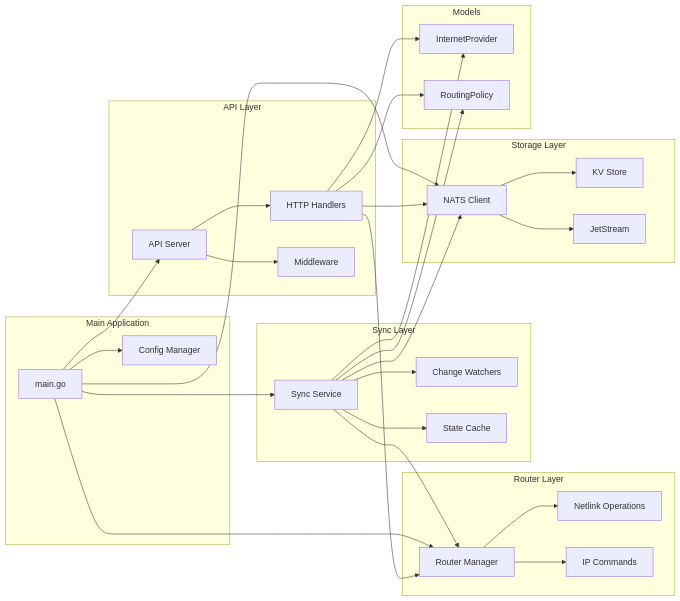
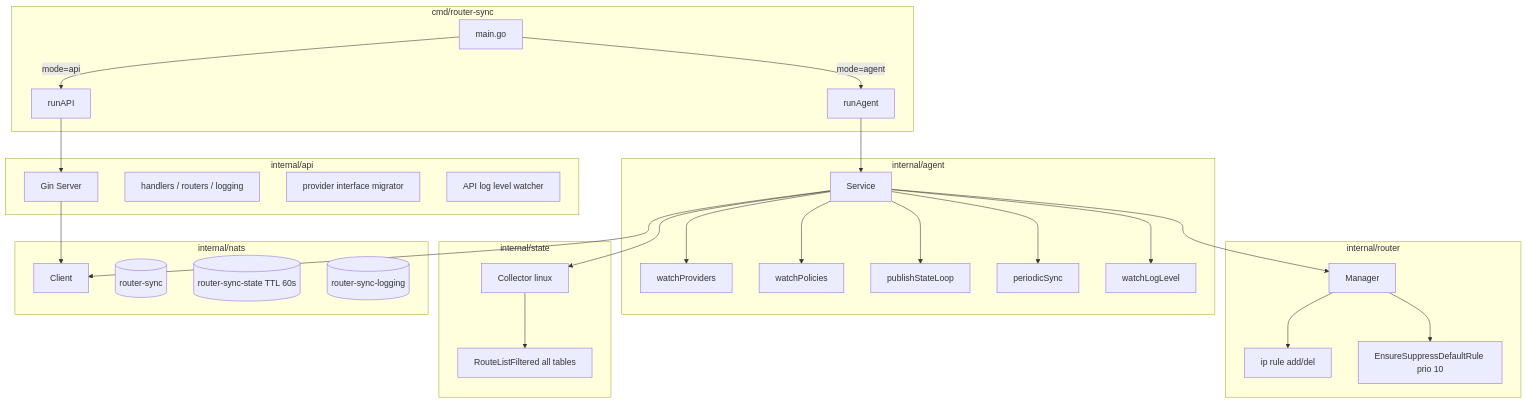
The second of 5 diagrams in ARCHITECTURE.md (fcastello/router-sync), drawn with Mermaid before and after one commit. The commit also changed other lines of this file and 36 other files, not shown here.

First line of the commit message:
Split into API and agent modes with live router state and UI.

````diff
--- a/ARCHITECTURE.md
+++ b/ARCHITECTURE.md
@@ -66,63 +46,49 @@
 ```mermaid
-graph LR
-    subgraph "Main Application"
-        MAIN[main.go]
-        CONFIG[Config Manager]
-    end
-    
-    subgraph "API Layer"
-        SERVER[API Server]
-        HANDLERS[HTTP Handlers]
-        MIDDLEWARE[Middleware]
-    end
-    
-    subgraph "Sync Layer"
-        SYNC[Sync Service]
-        WATCHER[Change Watchers]
-        CACHE[State Cache]
-    end
-    
-    subgraph "Router Layer"
-        MANAGER[Router Manager]
-        NETLINK[Netlink Operations]
-        IPCMD[IP Commands]
-    end
-    
-    subgraph "Storage Layer"
-        NATS[NATS Client]
-        KVSTORE[KV Store]
-        JETSTREAM[JetStream]
-    end
-    
-    subgraph "Models"
-        PROVIDER[InternetProvider]
-        POLICY[RoutingPolicy]
-    end
-    
-    MAIN --> CONFIG
-    MAIN --> SERVER
-    MAIN --> SYNC
-    MAIN --> MANAGER
-    MAIN --> NATS
-    
-    SERVER --> HANDLERS
-    SERVER --> MIDDLEWARE
-    HANDLERS --> NATS
-    HANDLERS --> MANAGER
-    
-    SYNC --> NATS
-    SYNC --> MANAGER
-    SYNC --> WATCHER
-    SYNC --> CACHE
-    
-    MANAGER --> NETLINK
-    MANAGER --> IPCMD
-    
-    NATS --> KVSTORE
-    NATS --> JETSTREAM
-    
-    HANDLERS --> PROVIDER
-    HANDLERS --> POLICY
-    SYNC --> PROVIDER
-    SYNC --> POLICY
+graph TB
+  subgraph binary["cmd/router-sync"]
+    MAIN[main.go]
+    MAIN -->|mode=api| RUNAPI[runAPI]
+    MAIN -->|mode=agent| RUNAGENT[runAgent]
+  end
+
+  subgraph api_pkg["internal/api"]
+    SERVER[Gin Server]
+    HANDLERS[handlers / routers / logging]
+    MIGRATOR[provider interface migrator]
+    LOGWATCH[API log level watcher]
+  end
+
+  subgraph agent_pkg["internal/agent"]
+    AGENT[Service]
+    AGENT --> WATCH_P[watchProviders]
+    AGENT --> WATCH_POL[watchPolicies]
+    AGENT --> PUBLISH[publishStateLoop]
+    AGENT --> SYNC[periodicSync]
+    AGENT --> LOGW[watchLogLevel]
+  end
+
+  subgraph router_pkg["internal/router"]
+    MGR[Manager]
+    MGR --> RULES[ip rule add/del]
+    MGR --> SUPPRESS[EnsureSuppressDefaultRule prio 10]
+  end
+
+  subgraph state_pkg["internal/state"]
+    COLL[Collector linux]
+    COLL --> NETLINK[RouteListFiltered all tables]
+  end
+
+  subgraph nats_pkg["internal/nats"]
+    CLIENT[Client]
+    KV1[(router-sync)]
+    KV2[(router-sync-state TTL 60s)]
+    KV3[(router-sync-logging)]
+  end
+
+  RUNAPI --> SERVER
+  SERVER --> CLIENT
+  RUNAGENT --> AGENT
+  AGENT --> MGR
+  AGENT --> COLL
+  AGENT --> CLIENT
 ```
````
